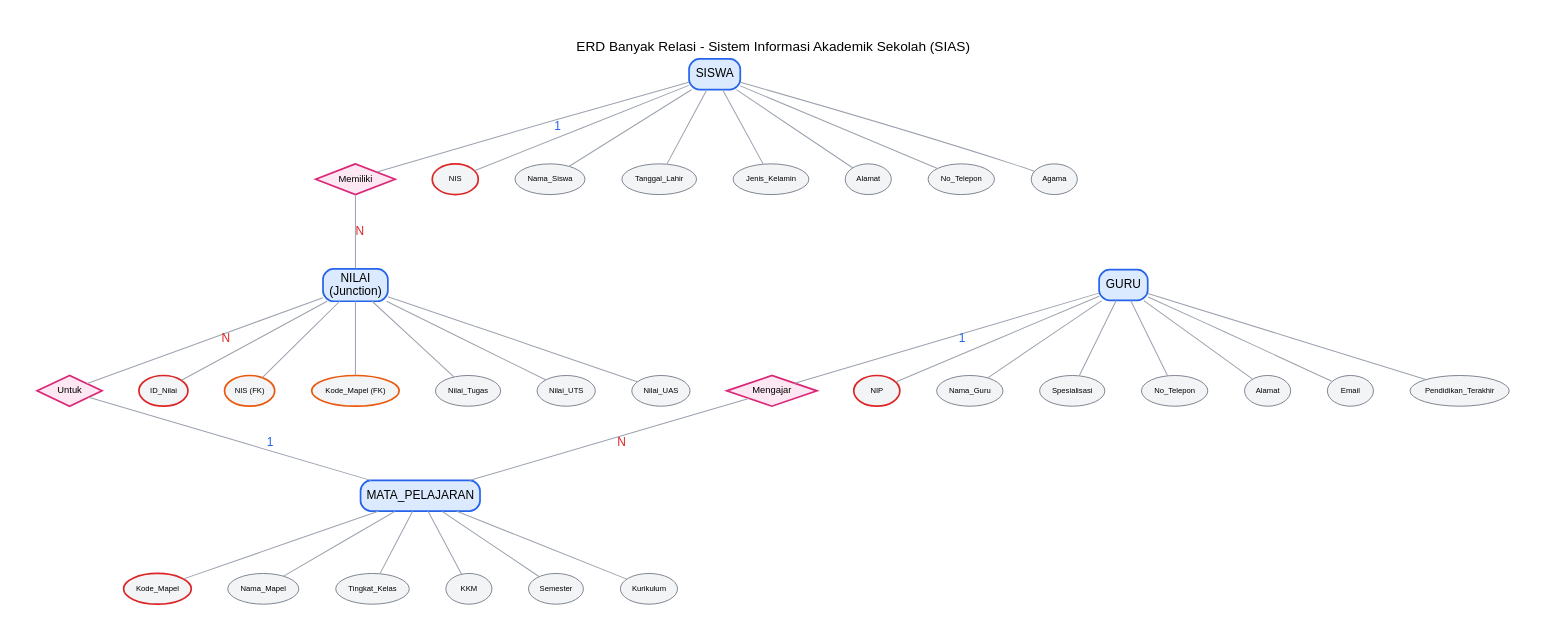
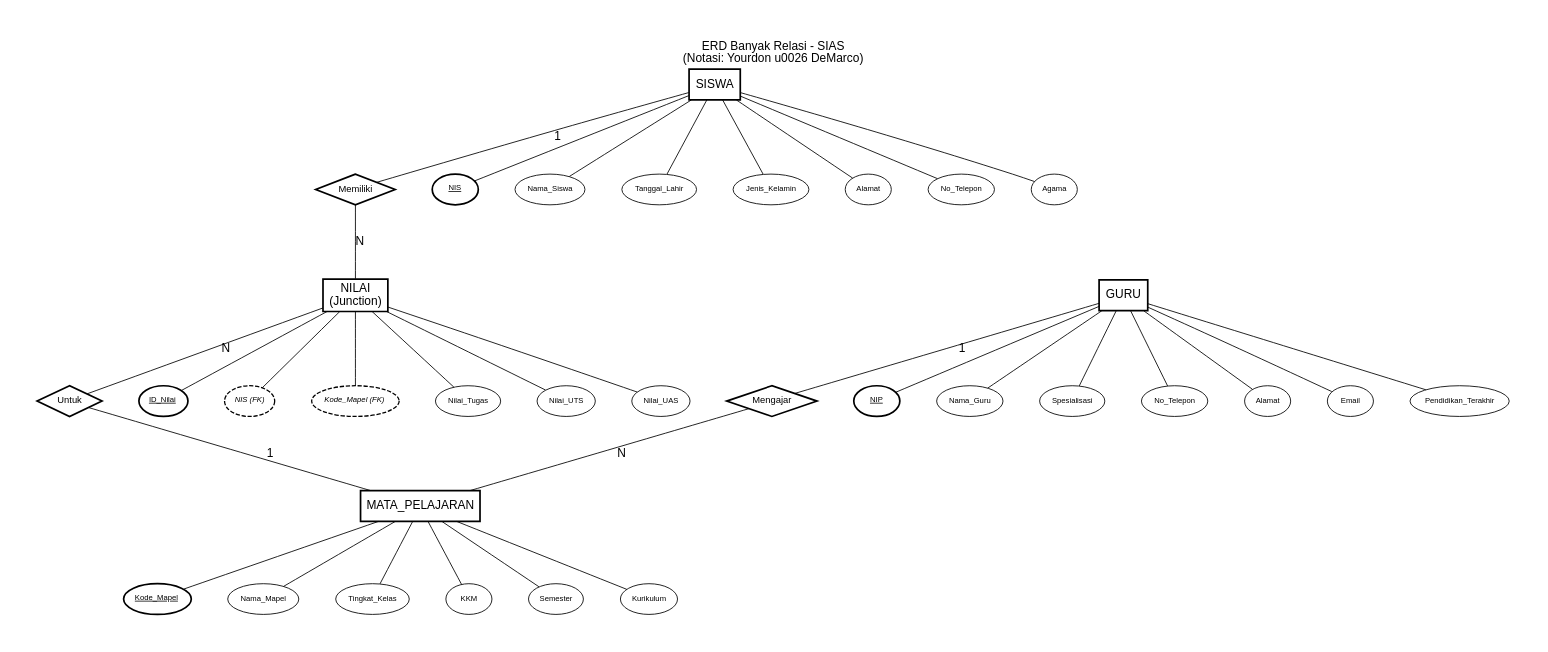
One commit to Aruh1/sias changed the diagram in graphviz/erd_banyak_relasi.dot. Above: the diagram before and after it, drawn with Graphviz. The commit also changed 15 other files, not shown here.

Commit message:
update to Yourdon/DeMarco

```diff
--- a/graphviz/erd_banyak_relasi.dot
+++ b/graphviz/erd_banyak_relasi.dot
@@ -1,126 +1,70 @@
 // ERD Banyak Relasi - Sistem Informasi Akademik Sekolah (SIAS)
+// Notasi: Yourdon & DeMarco (Chen-style ERD)
 graph ERD_Banyak_Relasi {
     graph [bgcolor=white, fontname="Arial", pad=0.5, nodesep=0.6, ranksep=1.0,
-           label="ERD Banyak Relasi - Sistem Informasi Akademik Sekolah (SIAS)",
-           labelloc=t, fontsize=16, fontcolor=black];
+           label="ERD Banyak Relasi - SIAS\n(Notasi: Yourdon \u0026 DeMarco)",
+           labelloc=t, fontsize=14, fontcolor=black];
     node [fontname="Arial", fontcolor=black, color=black];
-    edge [fontname="Arial", color="#9ca3af", penwidth=1.2];
+    edge [fontname="Arial", color=black, penwidth=1.0];
 
-    // ── Entitas ──
-    SISWA [shape=box, style="filled,rounded", fillcolor="#dbeafe", color="#2563eb",
-           label="SISWA", fontsize=14, penwidth=2];
-    GURU [shape=box, style="filled,rounded", fillcolor="#dbeafe", color="#2563eb",
-          label="GURU", fontsize=14, penwidth=2];
-    MAPEL [shape=box, style="filled,rounded", fillcolor="#dbeafe", color="#2563eb",
-           label="MATA_PELAJARAN", fontsize=14, penwidth=2];
-    NILAI [shape=box, style="filled,rounded", fillcolor="#dbeafe", color="#2563eb",
-           label="NILAI\n(Junction)", fontsize=14, penwidth=2];
+    // ── Entitas (kotak) ──
+    SISWA [shape=box, label="SISWA", fontsize=14, penwidth=2];
+    GURU [shape=box, label="GURU", fontsize=14, penwidth=2];
+    MAPEL [shape=box, label="MATA_PELAJARAN", fontsize=14, penwidth=2];
+    NILAI [shape=box, label="NILAI\n(Junction)", fontsize=14, penwidth=2];
 
-    // ── Relasi ──
-    Mengajar [shape=diamond, style=filled, fillcolor="#fce7f3", color="#db2777",
-              label="Mengajar", fontsize=11, penwidth=2];
-    Memiliki [shape=diamond, style=filled, fillcolor="#fce7f3", color="#db2777",
-              label="Memiliki", fontsize=11, penwidth=2];
-    Untuk [shape=diamond, style=filled, fillcolor="#fce7f3", color="#db2777",
-           label="Untuk", fontsize=11, penwidth=2];
+    // ── Relasi (diamond) ──
+    Mengajar [shape=diamond, label="Mengajar", fontsize=11, penwidth=2];
+    Memiliki [shape=diamond, label="Memiliki", fontsize=11, penwidth=2];
+    Untuk [shape=diamond, label="Untuk", fontsize=11, penwidth=2];
 
     // ── Koneksi ──
-    GURU -- Mengajar [label="1", fontsize=14, fontcolor="#2563eb"];
-    Mengajar -- MAPEL [label="N", fontsize=14, fontcolor="#dc2626"];
+    GURU -- Mengajar [label="1", fontsize=14];
+    Mengajar -- MAPEL [label="N", fontsize=14];
+    SISWA -- Memiliki [label="1", fontsize=14];
+    Memiliki -- NILAI [label="N", fontsize=14];
+    NILAI -- Untuk [label="N", fontsize=14];
+    Untuk -- MAPEL [label="1", fontsize=14];
 
-    SISWA -- Memiliki [label="1", fontsize=14, fontcolor="#2563eb"];
-    Memiliki -- NILAI [label="N", fontsize=14, fontcolor="#dc2626"];
-
-    NILAI -- Untuk [label="N", fontsize=14, fontcolor="#dc2626"];
-    Untuk -- MAPEL [label="1", fontsize=14, fontcolor="#2563eb"];
-
-    // ── Atribut SISWA ──
-    NIS [shape=ellipse, style=filled, fillcolor="#f3f4f6", color="#dc2626",
-         label="NIS", fontsize=9, penwidth=2];
-    Nama_Siswa [shape=ellipse, style=filled, fillcolor="#f3f4f6", color="#6b7280",
-                label="Nama_Siswa", fontsize=9];
-    Tgl_Lahir [shape=ellipse, style=filled, fillcolor="#f3f4f6", color="#6b7280",
-               label="Tanggal_Lahir", fontsize=9];
-    JK [shape=ellipse, style=filled, fillcolor="#f3f4f6", color="#6b7280",
-        label="Jenis_Kelamin", fontsize=9];
-    Alamat_S [shape=ellipse, style=filled, fillcolor="#f3f4f6", color="#6b7280",
-              label="Alamat", fontsize=9];
-    Telp_S [shape=ellipse, style=filled, fillcolor="#f3f4f6", color="#6b7280",
-            label="No_Telepon", fontsize=9];
-    Agama [shape=ellipse, style=filled, fillcolor="#f3f4f6", color="#6b7280",
-           label="Agama", fontsize=9];
-
-    SISWA -- NIS;
-    SISWA -- Nama_Siswa;
-    SISWA -- Tgl_Lahir;
-    SISWA -- JK;
-    SISWA -- Alamat_S;
-    SISWA -- Telp_S;
-    SISWA -- Agama;
+    // ── Atribut SISWA (PK = underlined via HTML) ──
+    NIS [shape=ellipse, label=<<U>NIS</U>>, fontsize=9, penwidth=2];
+    Nama_Siswa [shape=ellipse, label="Nama_Siswa", fontsize=9];
+    Tgl_Lahir [shape=ellipse, label="Tanggal_Lahir", fontsize=9];
+    JK [shape=ellipse, label="Jenis_Kelamin", fontsize=9];
+    Alamat_S [shape=ellipse, label="Alamat", fontsize=9];
+    Telp_S [shape=ellipse, label="No_Telepon", fontsize=9];
+    Agama [shape=ellipse, label="Agama", fontsize=9];
+    SISWA -- NIS; SISWA -- Nama_Siswa; SISWA -- Tgl_Lahir;
+    SISWA -- JK; SISWA -- Alamat_S; SISWA -- Telp_S; SISWA -- Agama;
 
     // ── Atribut GURU ──
-    NIP [shape=ellipse, style=filled, fillcolor="#f3f4f6", color="#dc2626",
-         label="NIP", fontsize=9, penwidth=2];
-    Nama_Guru [shape=ellipse, style=filled, fillcolor="#f3f4f6", color="#6b7280",
-               label="Nama_Guru", fontsize=9];
-    Spesialisasi [shape=ellipse, style=filled, fillcolor="#f3f4f6", color="#6b7280",
-                  label="Spesialisasi", fontsize=9];
-    Telp_G [shape=ellipse, style=filled, fillcolor="#f3f4f6", color="#6b7280",
-            label="No_Telepon", fontsize=9];
-    Alamat_G [shape=ellipse, style=filled, fillcolor="#f3f4f6", color="#6b7280",
-              label="Alamat", fontsize=9];
-    Email [shape=ellipse, style=filled, fillcolor="#f3f4f6", color="#6b7280",
-           label="Email", fontsize=9];
-    Pend [shape=ellipse, style=filled, fillcolor="#f3f4f6", color="#6b7280",
-          label="Pendidikan_Terakhir", fontsize=9];
-
-    GURU -- NIP;
-    GURU -- Nama_Guru;
-    GURU -- Spesialisasi;
-    GURU -- Telp_G;
-    GURU -- Alamat_G;
-    GURU -- Email;
-    GURU -- Pend;
+    NIP [shape=ellipse, label=<<U>NIP</U>>, fontsize=9, penwidth=2];
+    Nama_Guru [shape=ellipse, label="Nama_Guru", fontsize=9];
+    Spesialisasi [shape=ellipse, label="Spesialisasi", fontsize=9];
+    Telp_G [shape=ellipse, label="No_Telepon", fontsize=9];
+    Alamat_G [shape=ellipse, label="Alamat", fontsize=9];
+    Email [shape=ellipse, label="Email", fontsize=9];
+    Pend [shape=ellipse, label="Pendidikan_Terakhir", fontsize=9];
+    GURU -- NIP; GURU -- Nama_Guru; GURU -- Spesialisasi;
+    GURU -- Telp_G; GURU -- Alamat_G; GURU -- Email; GURU -- Pend;
 
     // ── Atribut MAPEL ──
-    Kode_Mapel [shape=ellipse, style=filled, fillcolor="#f3f4f6", color="#dc2626",
-                label="Kode_Mapel", fontsize=9, penwidth=2];
-    Nama_Mapel [shape=ellipse, style=filled, fillcolor="#f3f4f6", color="#6b7280",
-                label="Nama_Mapel", fontsize=9];
-    Tingkat [shape=ellipse, style=filled, fillcolor="#f3f4f6", color="#6b7280",
-             label="Tingkat_Kelas", fontsize=9];
-    KKM [shape=ellipse, style=filled, fillcolor="#f3f4f6", color="#6b7280",
-         label="KKM", fontsize=9];
-    Semester [shape=ellipse, style=filled, fillcolor="#f3f4f6", color="#6b7280",
-              label="Semester", fontsize=9];
-    Kurikulum [shape=ellipse, style=filled, fillcolor="#f3f4f6", color="#6b7280",
-               label="Kurikulum", fontsize=9];
+    Kode_Mapel [shape=ellipse, label=<<U>Kode_Mapel</U>>, fontsize=9, penwidth=2];
+    Nama_Mapel [shape=ellipse, label="Nama_Mapel", fontsize=9];
+    Tingkat [shape=ellipse, label="Tingkat_Kelas", fontsize=9];
+    KKM [shape=ellipse, label="KKM", fontsize=9];
+    Semester [shape=ellipse, label="Semester", fontsize=9];
+    Kurikulum [shape=ellipse, label="Kurikulum", fontsize=9];
+    MAPEL -- Kode_Mapel; MAPEL -- Nama_Mapel; MAPEL -- Tingkat;
+    MAPEL -- KKM; MAPEL -- Semester; MAPEL -- Kurikulum;
 
-    MAPEL -- Kode_Mapel;
-    MAPEL -- Nama_Mapel;
-    MAPEL -- Tingkat;
-    MAPEL -- KKM;
-    MAPEL -- Semester;
-    MAPEL -- Kurikulum;
-
-    // ── Atribut NILAI ──
-    ID_Nilai [shape=ellipse, style=filled, fillcolor="#f3f4f6", color="#dc2626",
-              label="ID_Nilai", fontsize=9, penwidth=2];
-    FK_NIS [shape=ellipse, style=filled, fillcolor="#f3f4f6", color="#ea580c",
-            label="NIS (FK)", fontsize=9, penwidth=2];
-    FK_Kode [shape=ellipse, style=filled, fillcolor="#f3f4f6", color="#ea580c",
-             label="Kode_Mapel (FK)", fontsize=9, penwidth=2];
-    N_Tugas [shape=ellipse, style=filled, fillcolor="#f3f4f6", color="#6b7280",
-             label="Nilai_Tugas", fontsize=9];
-    N_UTS [shape=ellipse, style=filled, fillcolor="#f3f4f6", color="#6b7280",
-           label="Nilai_UTS", fontsize=9];
-    N_UAS [shape=ellipse, style=filled, fillcolor="#f3f4f6", color="#6b7280",
-           label="Nilai_UAS", fontsize=9];
-
-    NILAI -- ID_Nilai;
-    NILAI -- FK_NIS;
-    NILAI -- FK_Kode;
-    NILAI -- N_Tugas;
-    NILAI -- N_UTS;
-    NILAI -- N_UAS;
+    // ── Atribut NILAI (FK = dashed) ──
+    ID_Nilai [shape=ellipse, label=<<U>ID_Nilai</U>>, fontsize=9, penwidth=2];
+    FK_NIS [shape=ellipse, label=<<I>NIS (FK)</I>>, fontsize=9, style=dashed, penwidth=1.5];
+    FK_Kode [shape=ellipse, label=<<I>Kode_Mapel (FK)</I>>, fontsize=9, style=dashed, penwidth=1.5];
+    N_Tugas [shape=ellipse, label="Nilai_Tugas", fontsize=9];
+    N_UTS [shape=ellipse, label="Nilai_UTS", fontsize=9];
+    N_UAS [shape=ellipse, label="Nilai_UAS", fontsize=9];
+    NILAI -- ID_Nilai; NILAI -- FK_NIS; NILAI -- FK_Kode;
+    NILAI -- N_Tugas; NILAI -- N_UTS; NILAI -- N_UAS;
 }
```
